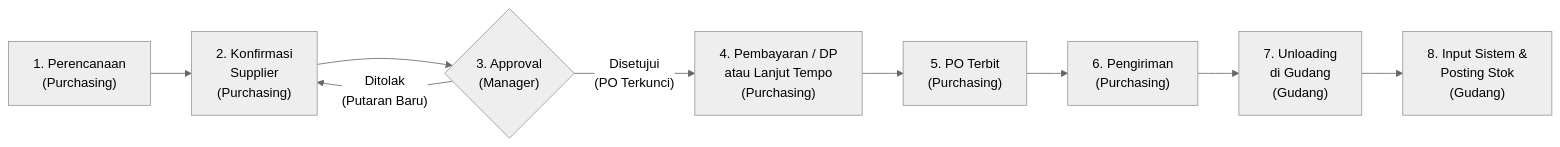
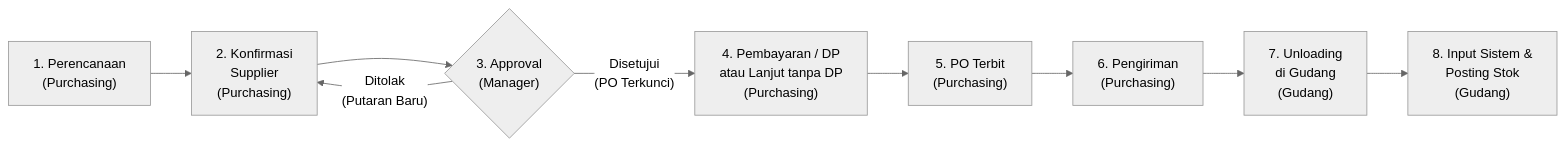
Before and after one commit to itdevelopmenths/production-lab-online-hs: the third of 5 diagrams in DOKUMENTASI_FLOW_BISNIS.md, drawn with Mermaid (neutral theme). The commit also changed other lines of this file and 4 other files, not shown here.

````diff
--- a/DOKUMENTASI_FLOW_BISNIS.md
+++ b/DOKUMENTASI_FLOW_BISNIS.md
@@ -220,11 +220,11 @@
 ```mermaid
 flowchart LR
     S1["1. Perencanaan\n(Purchasing)"] --> S2["2. Konfirmasi\nSupplier\n(Purchasing)"]
     S2 --> S3{"3. Approval\n(Manager)"}
     S3 -- "Ditolak\n(Putaran Baru)" --> S2
-    S3 -- "Disetujui\n(PO Terkunci)" --> S4["4. Pembayaran / DP\natau Lanjut Tempo\n(Purchasing)"]
+    S3 -- "Disetujui\n(PO Terkunci)" --> S4["4. Pembayaran / DP\natau Lanjut tanpa DP\n(Purchasing)"]
     S4 --> S5["5. PO Terbit\n(Purchasing)"]
     S5 --> S6["6. Pengiriman\n(Purchasing)"]
     S6 --> S7["7. Unloading\ndi Gudang\n(Gudang)"]
     S7 --> S8["8. Input Sistem &\nPosting Stok\n(Gudang)"]
 ```
````
